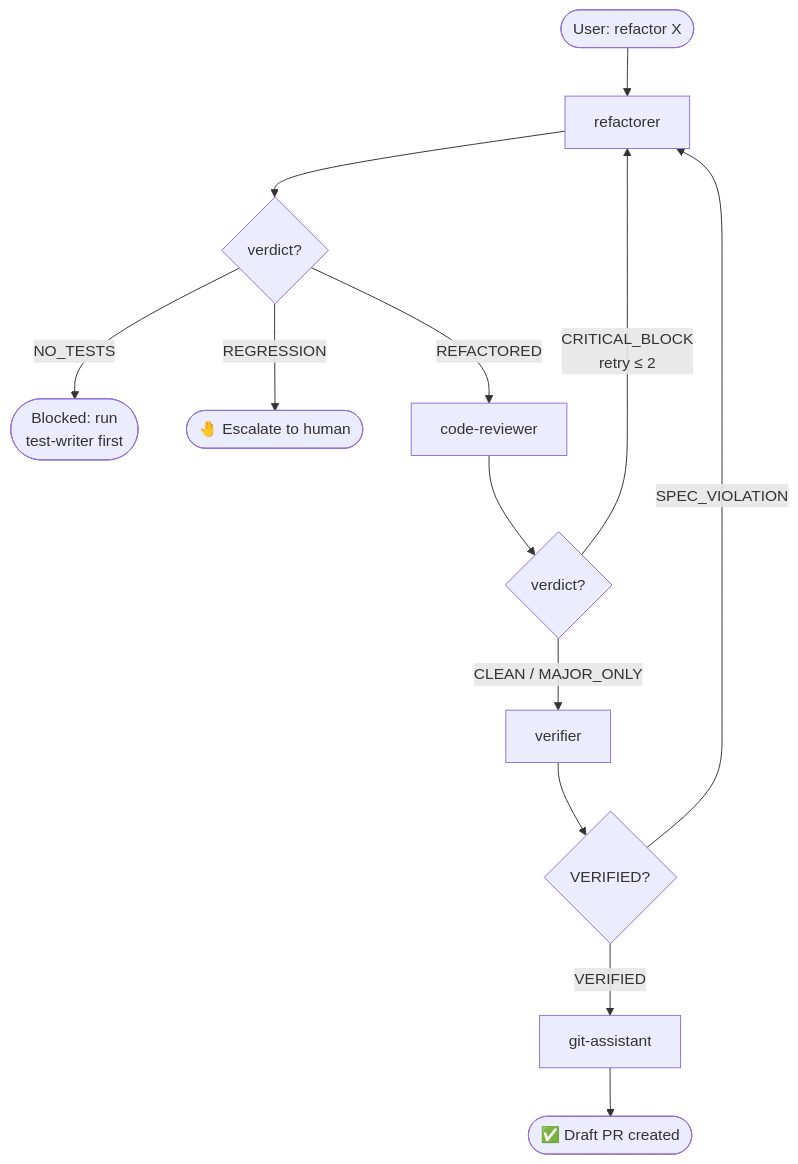
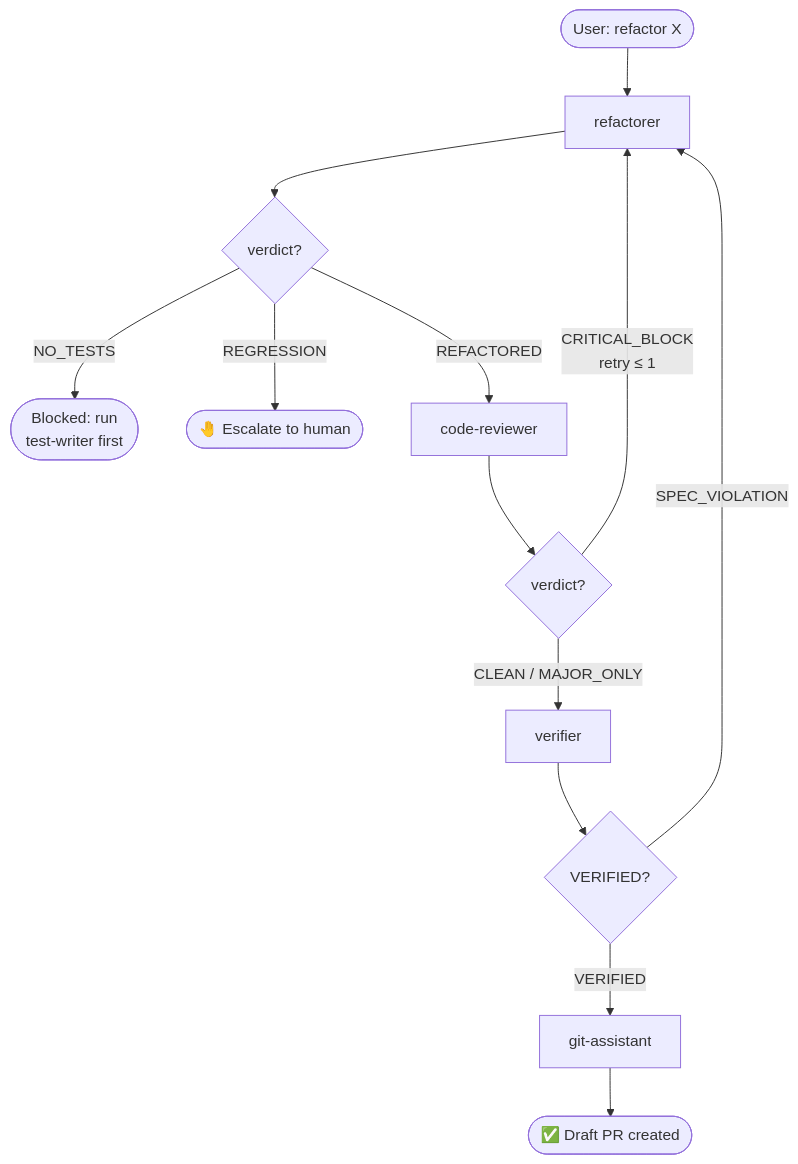
Before and after one commit to RyoKusnadi/rig-bench: the third of 6 diagrams in agents/README.md, drawn with Mermaid. The commit also changed other lines of this file and 32 other files, not shown here.

````diff
--- a/agents/README.md
+++ b/agents/README.md
@@ -152,19 +157,19 @@
 ```mermaid
 flowchart TD
     Start([User: refactor X]) --> RF[refactorer]
 
     RF --> RF_gate{verdict?}
     RF_gate -- NO_TESTS --> TW([Blocked: run\ntest-writer first])
     RF_gate -- REGRESSION --> Human1([🤚 Escalate to human])
     RF_gate -- REFACTORED --> CR[code-reviewer]
 
     CR --> CR_gate{verdict?}
-    CR_gate -- CRITICAL_BLOCK\nretry ≤ 2 --> RF
+    CR_gate -- CRITICAL_BLOCK\nretry ≤ 1 --> RF
     CR_gate -- CLEAN / MAJOR_ONLY --> VF[verifier]
 
     VF --> VF_gate{VERIFIED?}
     VF_gate -- SPEC_VIOLATION --> RF
     VF_gate -- VERIFIED --> GA[git-assistant]
 
     GA --> PR([✅ Draft PR created])
 ```
````
